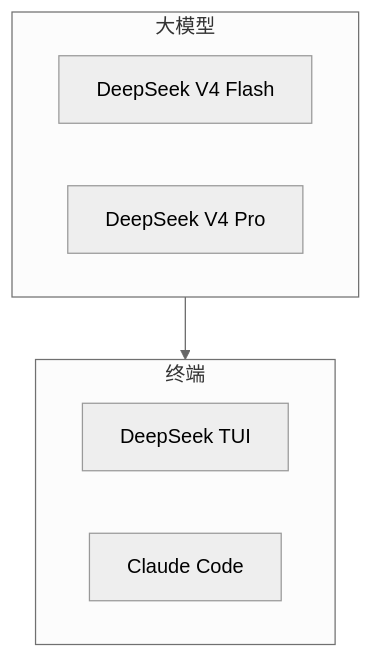
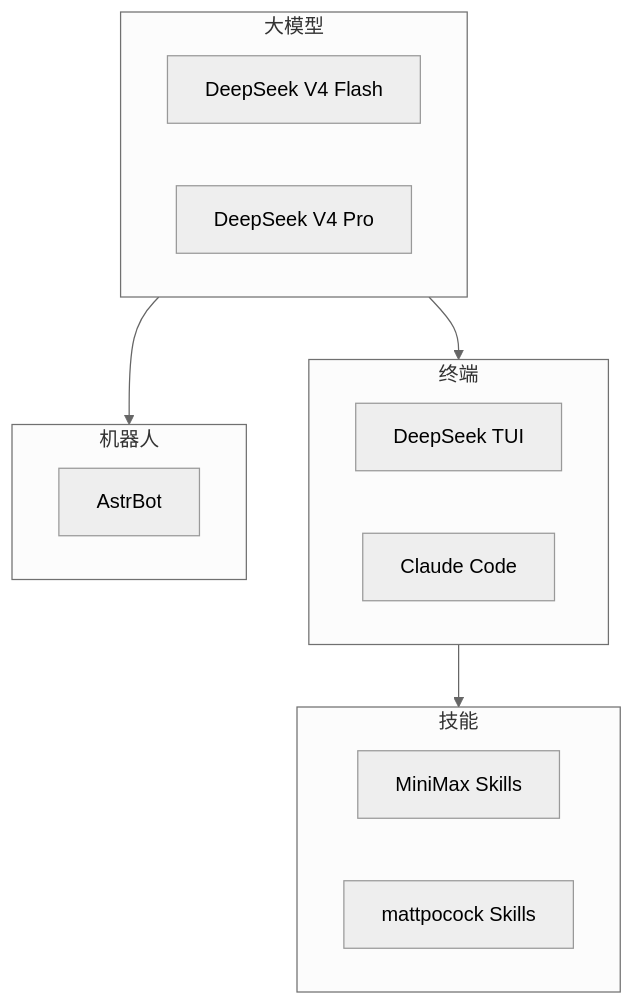
Before and after one commit to yuanxin518/ai-path: the diagram in README.md, drawn with Mermaid (neutral theme). The commit also changed other lines of this file and 2 other files, not shown here.

Commit message:
添加技术栈: AstrBot + MiniMax Skills + mattpocock Skills

````diff
--- a/README.md
+++ b/README.md
@@ -18,14 +18,25 @@
 ```mermaid
 flowchart TD
     subgraph "大模型"
         DS1["DeepSeek V4 Flash"]
         DS2["DeepSeek V4 Pro"]
     end
 
     subgraph "终端"
         TUI["DeepSeek TUI"]
         CC["Claude Code"]
     end
 
+    subgraph "技能"
+        MSK["MiniMax Skills"]
+        PSK["mattpocock Skills"]
+    end
+
+    subgraph "机器人"
+        AB["AstrBot"]
+    end
+
     大模型 --> 终端
+    终端 --> 技能
+    大模型 --> 机器人
 ```
````
